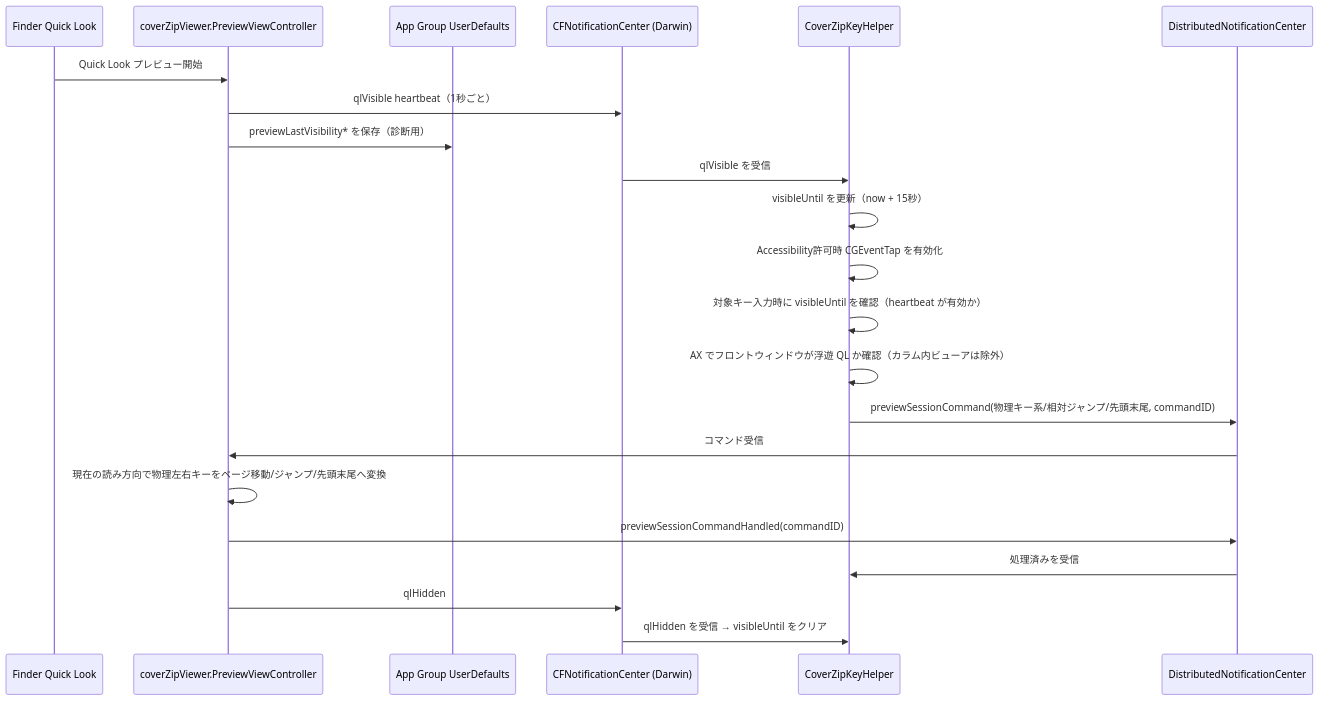
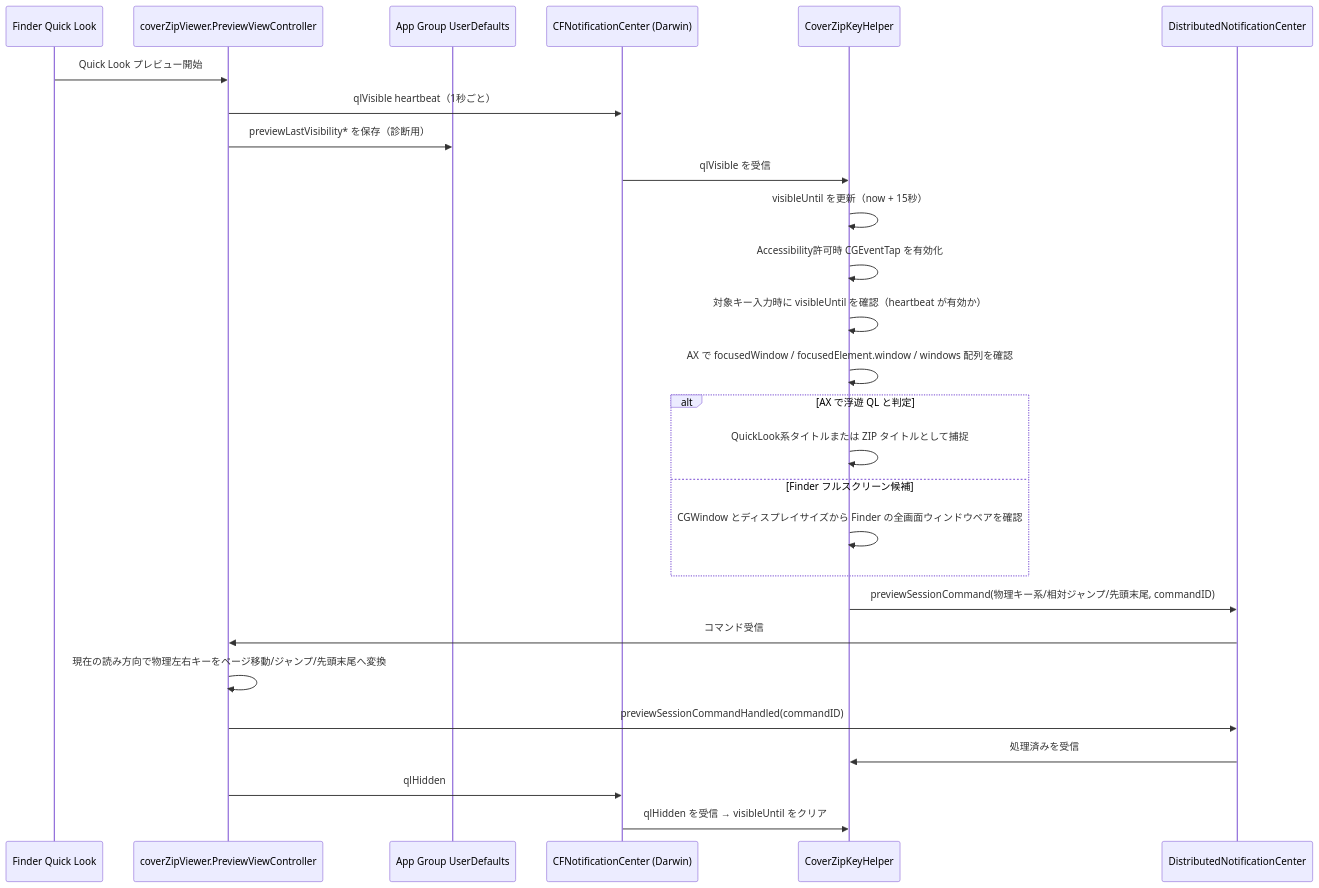
One commit to Nihondo/CoverZip changed the fourth of 6 diagrams in flow.md. Above: the diagram before and after it, drawn with Mermaid. The commit also changed other lines of this file and 2 other files, not shown here.

Commit message:
feat(KeyHelper): QuickLookウィンドウの判定ロジックを改善
AXを用いてフロントウィンドウの確認を行い、Finderのフルスクリーンウィンドウとのペアを確認する処理を追加した。これにより、QuickLookの表示状態をより正確に把握できるようになった。

````diff
--- a/flow.md
+++ b/flow.md
@@ -116,25 +116,30 @@
 ```mermaid
 sequenceDiagram
     participant Finder as Finder Quick Look
     participant Preview as coverZipViewer.PreviewViewController
     participant Defaults as App Group UserDefaults
     participant Darwin as CFNotificationCenter (Darwin)
     participant Key as CoverZipKeyHelper
     participant DNC as DistributedNotificationCenter
 
     Finder->>Preview: Quick Look プレビュー開始
     Preview->>Darwin: qlVisible heartbeat（1秒ごと）
     Preview->>Defaults: previewLastVisibility* を保存（診断用）
     Darwin->>Key: qlVisible を受信
     Key->>Key: visibleUntil を更新（now + 15秒）
     Key->>Key: Accessibility許可時 CGEventTap を有効化
     Key->>Key: 対象キー入力時に visibleUntil を確認（heartbeat が有効か）
-    Key->>Key: AX でフロントウィンドウが浮遊 QL か確認（カラム内ビューアは除外）
+    Key->>Key: AX で focusedWindow / focusedElement.window / windows 配列を確認
+    alt AX で浮遊 QL と判定
+        Key->>Key: QuickLook系タイトルまたは ZIP タイトルとして捕捉
+    else Finder フルスクリーン候補
+        Key->>Key: CGWindow とディスプレイサイズから Finder の全画面ウィンドウペアを確認
+    end
     Key->>DNC: previewSessionCommand(物理キー系/相対ジャンプ/先頭末尾, commandID)
     DNC->>Preview: コマンド受信
     Preview->>Preview: 現在の読み方向で物理左右キーをページ移動/ジャンプ/先頭末尾へ変換
     Preview->>DNC: previewSessionCommandHandled(commandID)
     DNC->>Key: 処理済みを受信
     Preview->>Darwin: qlHidden
     Darwin->>Key: qlHidden を受信 → visibleUntil をクリア
 ```
````
